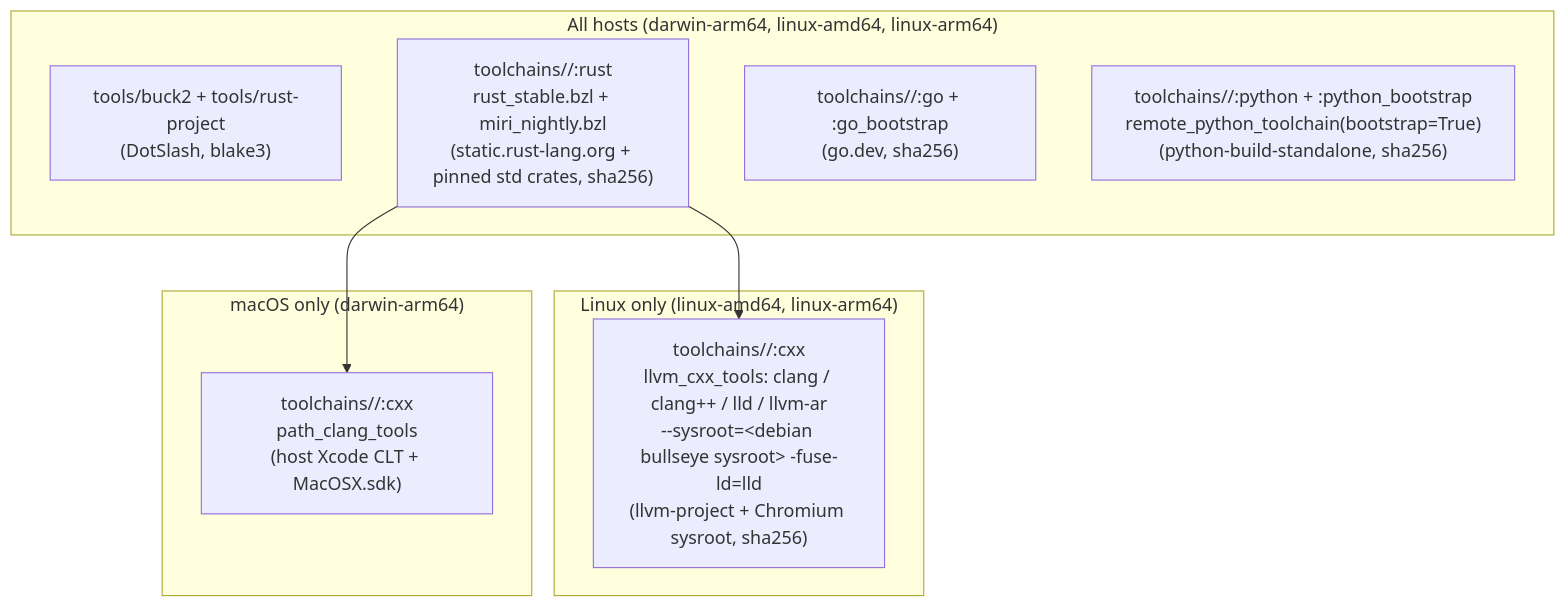
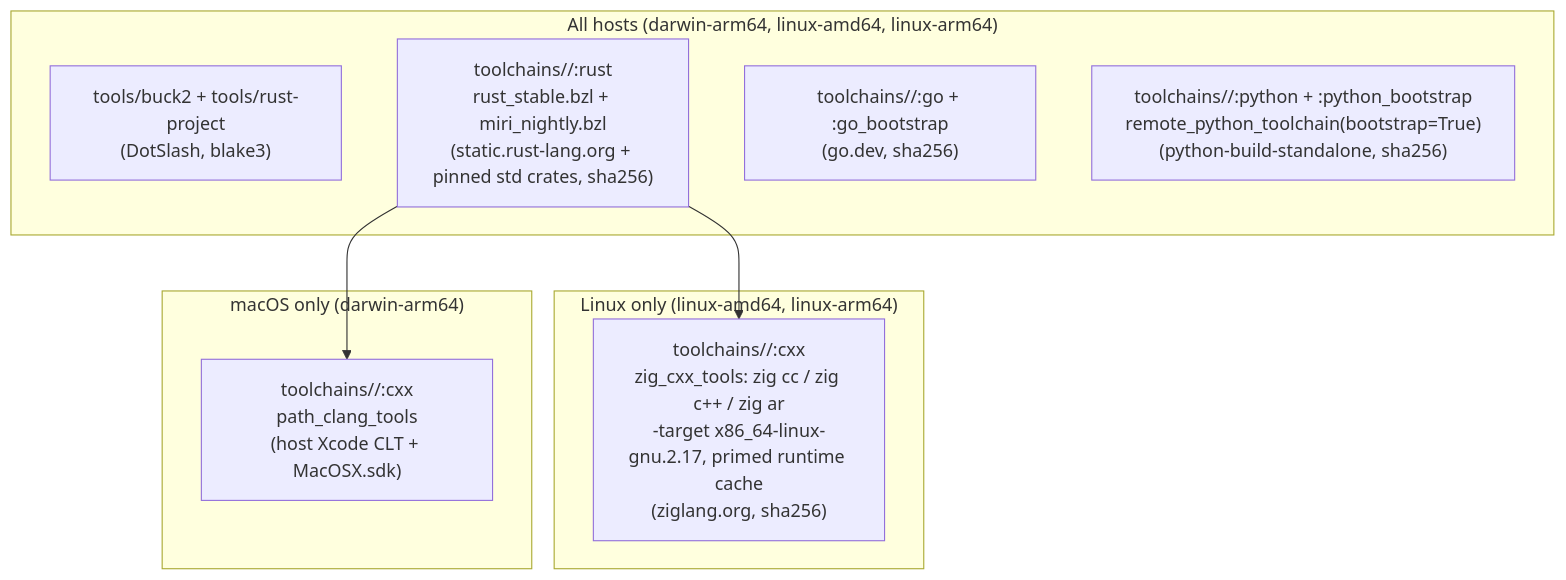
The diagram in docs/plans/0035-workspace-hermetic-build.md (raydatray/peppydb), drawn with Mermaid before and after one commit. The commit also changed other lines of this file and 7 other files, not shown here.

````diff
--- a/docs/plans/0035-workspace-hermetic-build.md
+++ b/docs/plans/0035-workspace-hermetic-build.md
@@ -94,17 +98,17 @@
 ```mermaid
 flowchart TB
     subgraph all["All hosts (darwin-arm64, linux-amd64, linux-arm64)"]
         buck2["tools/buck2 + tools/rust-project<br/>(DotSlash, blake3)"]
         rust["toolchains//:rust<br/>rust_stable.bzl + miri_nightly.bzl<br/>(static.rust-lang.org + pinned std crates, sha256)"]
         go["toolchains//:go + :go_bootstrap<br/>(go.dev, sha256)"]
         py["toolchains//:python + :python_bootstrap<br/>remote_python_toolchain(bootstrap=True)<br/>(python-build-standalone, sha256)"]
     end
     subgraph linux["Linux only (linux-amd64, linux-arm64)"]
-        llvm["toolchains//:cxx<br/>llvm_cxx_tools: clang / clang++ / lld / llvm-ar<br/>--sysroot=&lt;debian bullseye sysroot&gt; -fuse-ld=lld<br/>(llvm-project + Chromium sysroot, sha256)"]
+        zig["toolchains//:cxx<br/>zig_cxx_tools: zig cc / zig c++ / zig ar<br/>-target x86_64-linux-gnu.2.17, primed runtime cache<br/>(ziglang.org, sha256)"]
     end
     subgraph macos["macOS only (darwin-arm64)"]
         clt["toolchains//:cxx<br/>path_clang_tools<br/>(host Xcode CLT + MacOSX.sdk)"]
     end
-    rust --> llvm
+    rust --> zig
     rust --> clt
 ```
````
